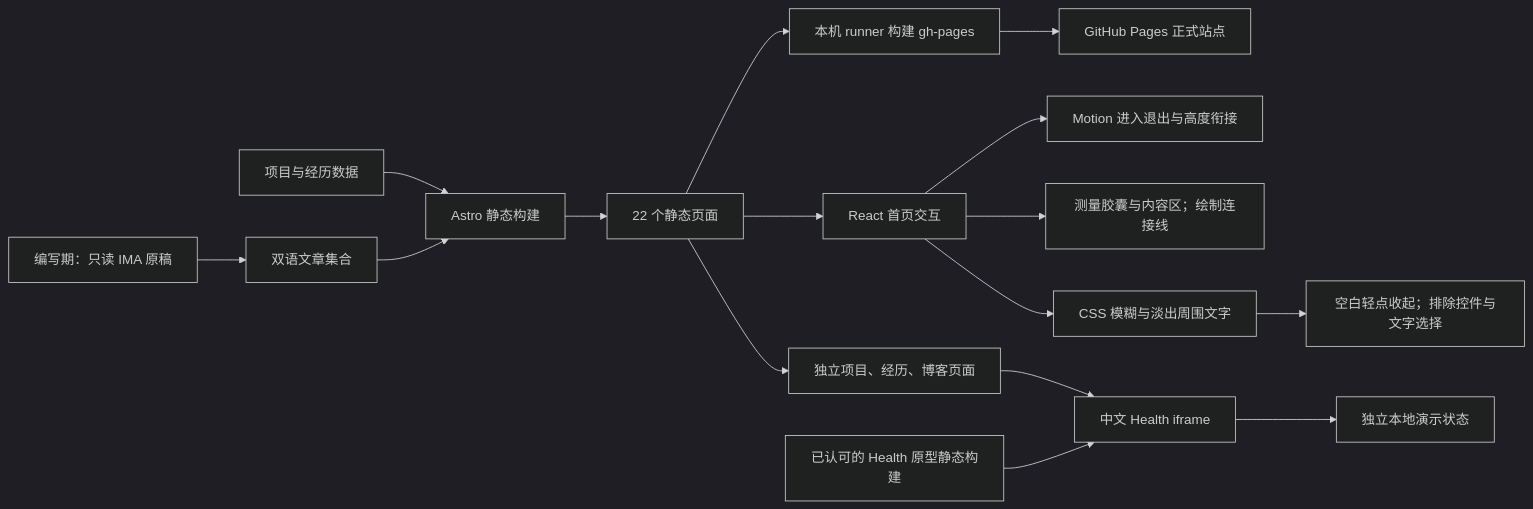
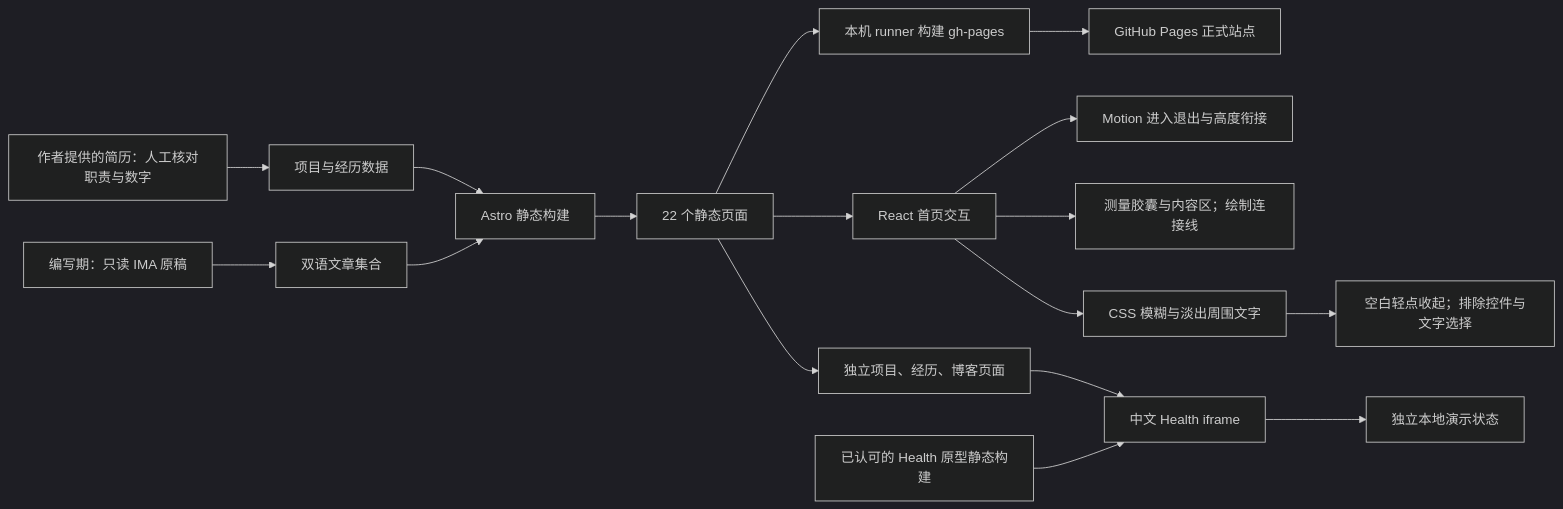
One commit to joevilcai666/joevilcai666.github.io changed the second of 2 diagrams in HOW_IT_WORKS.md. Above: the diagram before and after it, drawn with Mermaid (dark theme). The commit also changed other lines of this file and 1 other file, not shown here.

Commit message:
Update bilingual career experience from latest resume

````diff
--- a/HOW_IT_WORKS.md
+++ b/HOW_IT_WORKS.md
@@ -54,18 +54,19 @@
 ```mermaid
 flowchart LR
-  Data[项目与经历数据] --> Astro[Astro 静态构建]
+  Resume[作者提供的简历：人工核对职责与数字] --> Data[项目与经历数据]
+  Data --> Astro[Astro 静态构建]
   Posts[双语文章集合] --> Astro
   IMA[编写期：只读 IMA 原稿] --> Posts
   Astro --> HTML[22 个静态页面]
   HTML --> Runner[本机 runner 构建 gh-pages]
   Runner --> Live[GitHub Pages 正式站点]
   HTML --> Client[React 首页交互]
   Client --> Motion[Motion 进入退出与高度衔接]
   Client --> Geometry[测量胶囊与内容区；绘制连接线]
   Client --> Focus[CSS 模糊与淡出周围文字]
   Focus --> Dismiss[空白轻点收起；排除控件与文字选择]
   HTML --> Pages[独立项目、经历、博客页面]
   Pages --> Frame[中文 Health iframe]
   Bundle[已认可的 Health 原型静态构建] --> Frame
   Frame --> Demo[独立本地演示状态]
 ```
````
